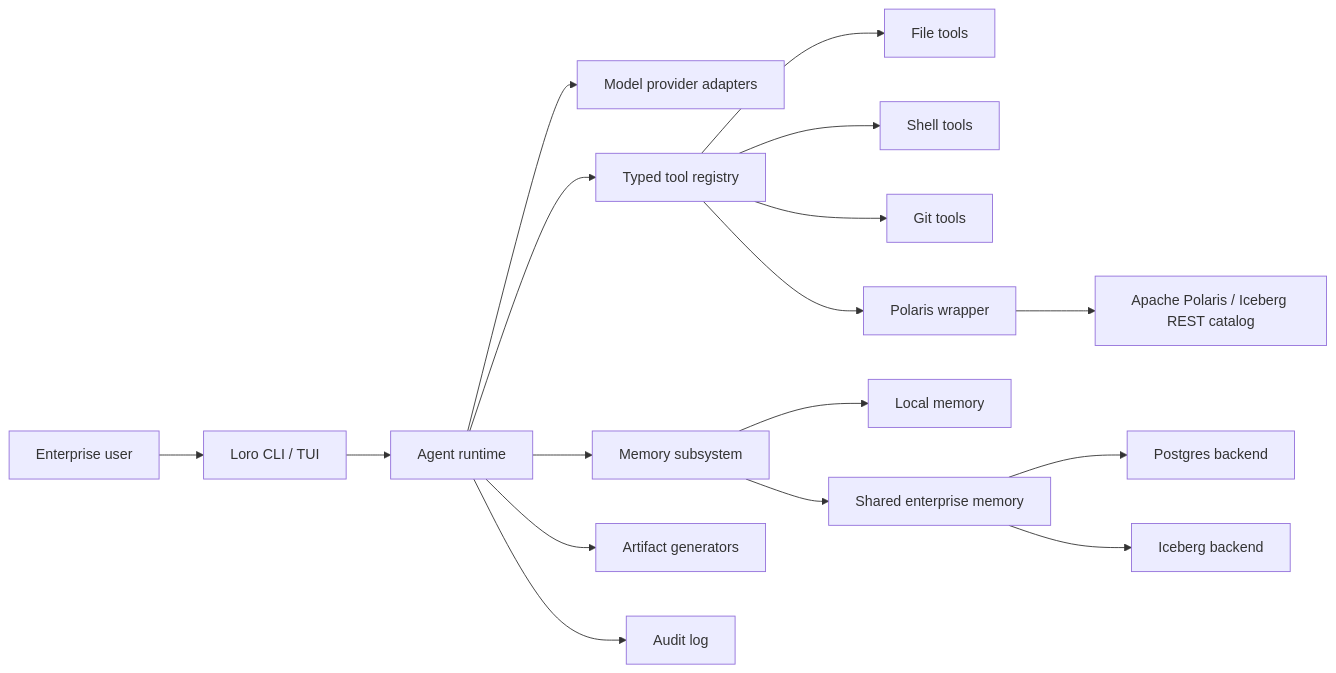
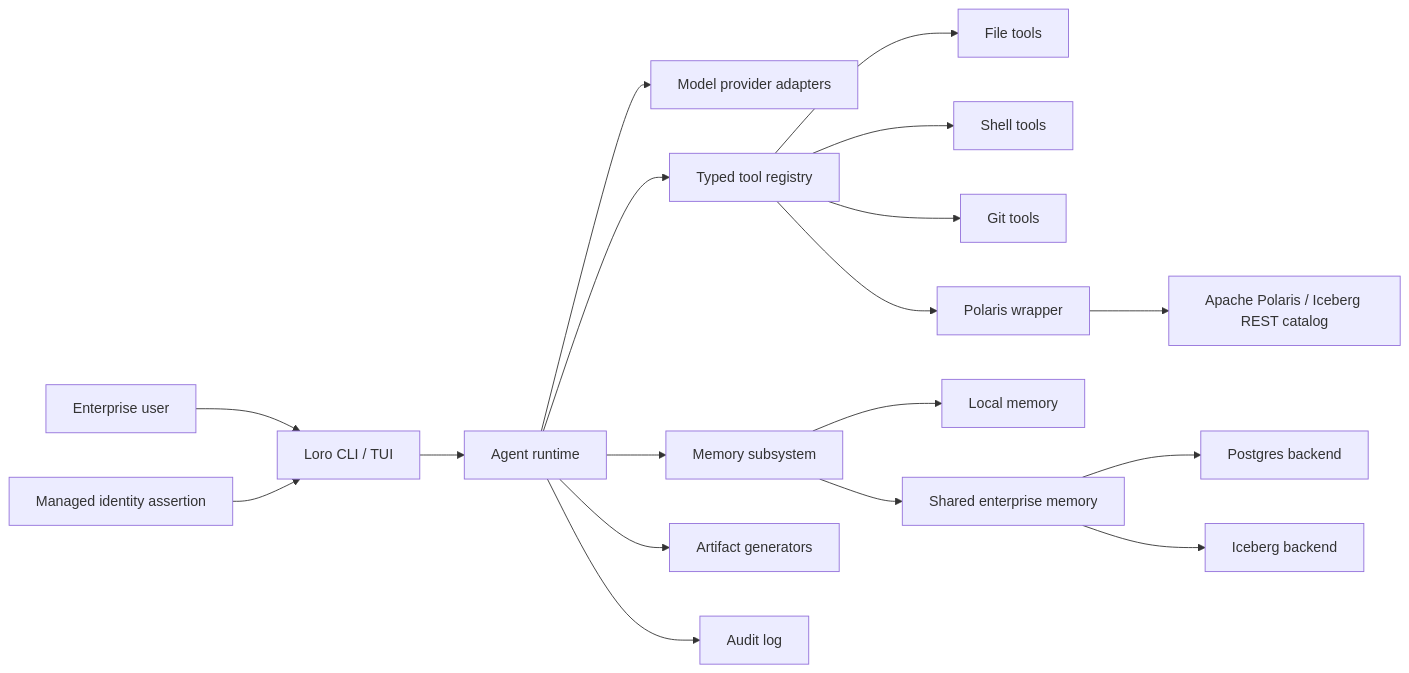
The diagram in ARCHITECTURE.md (alexmerced-oss/loro), drawn with Mermaid before and after one commit. The commit also changed other lines of this file and 23 other files, not shown here.

````diff
--- a/ARCHITECTURE.md
+++ b/ARCHITECTURE.md
@@ -7,19 +7,20 @@
 ```mermaid
 flowchart LR
   User["Enterprise user"] --> CLI["Loro CLI / TUI"]
+  Identity["Managed identity assertion"] --> CLI
   CLI --> Runtime["Agent runtime"]
   Runtime --> Models["Model provider adapters"]
   Runtime --> Tools["Typed tool registry"]
   Runtime --> Memory["Memory subsystem"]
   Runtime --> Artifacts["Artifact generators"]
   Runtime --> Audit["Audit log"]
   Tools --> Files["File tools"]
   Tools --> Shell["Shell tools"]
   Tools --> Git["Git tools"]
   Tools --> Polaris["Polaris wrapper"]
   Memory --> Local["Local memory"]
   Memory --> Shared["Shared enterprise memory"]
   Shared --> Postgres["Postgres backend"]
   Shared --> Iceberg["Iceberg backend"]
   Polaris --> Catalog["Apache Polaris / Iceberg REST catalog"]
 ```
````
